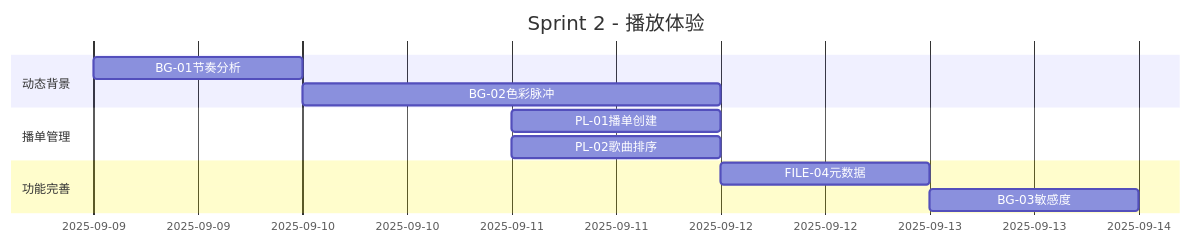
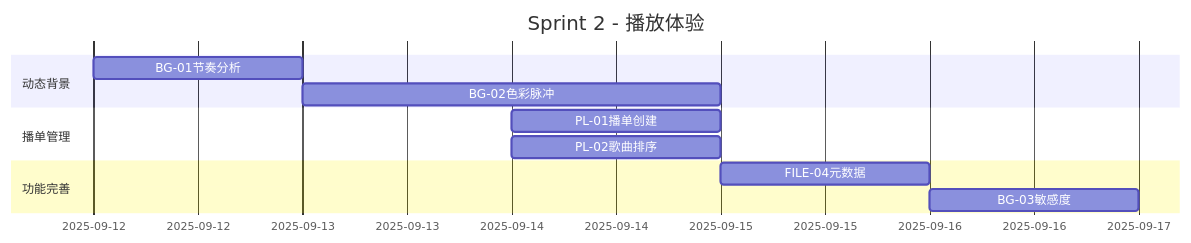
Before and after one commit to DONGNINGw/musicplayerapp: the third of 4 diagrams in 开发计划书/# 音乐播放器开发待办事项清单.md, drawn with Mermaid. The commit also changed other lines of this file and 128 other files, not shown here.

````diff
--- a/开发计划书/# 音乐播放器开发待办事项清单.md
+++ b/开发计划书/# 音乐播放器开发待办事项清单.md
@@ -167,13 +167,13 @@
 ```mermaid
 gantt
  title Sprint 2 - 播放体验
  section 动态背景
- BG-01节奏分析: 2025-09-09, 1d
- BG-02色彩脉冲: 2025-09-10, 1.5d
+ BG-01节奏分析: 2025-09-12, 1d
+ BG-02色彩脉冲: 2025-09-13, 1.5d
  section 播单管理
- PL-01播单创建: 2025-09-11, 0.5d
- PL-02歌曲排序: 2025-09-11, 1d
+ PL-01播单创建: 2025-09-14, 0.5d
+ PL-02歌曲排序: 2025-09-14, 1d
  section 功能完善
- FILE-04元数据: 2025-09-12, 1d
- BG-03敏感度: 2025-09-13, 0.5d
+ FILE-04元数据: 2025-09-15, 1d
+ BG-03敏感度: 2025-09-16, 0.5d
 ```
````
